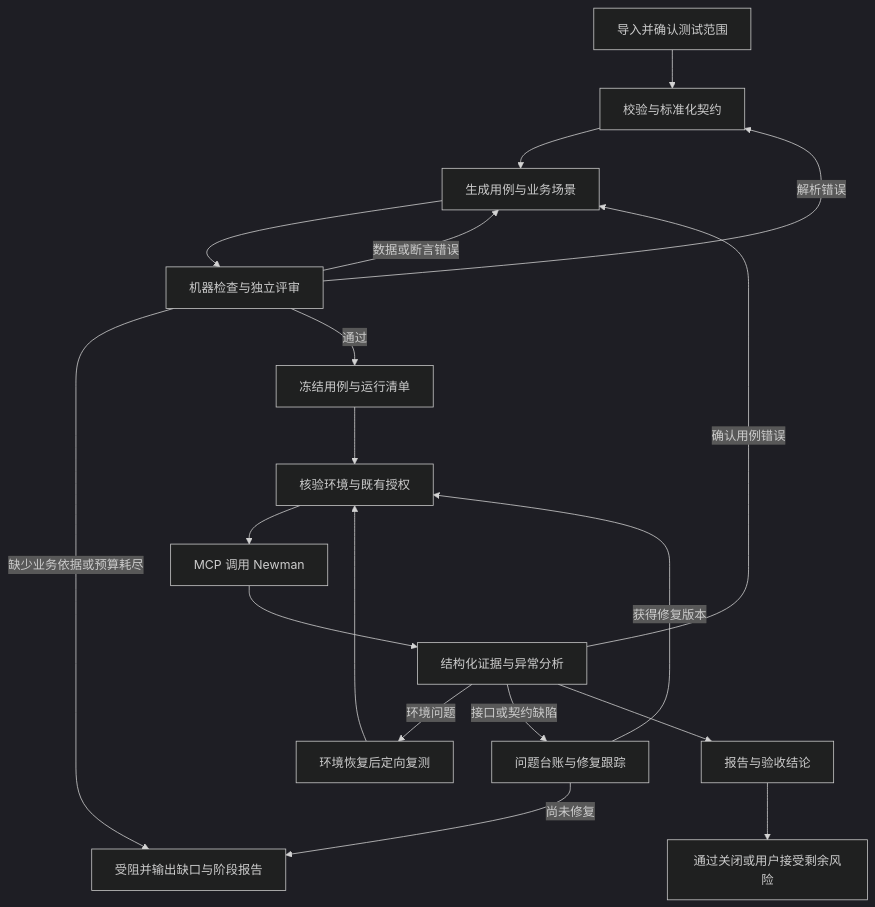
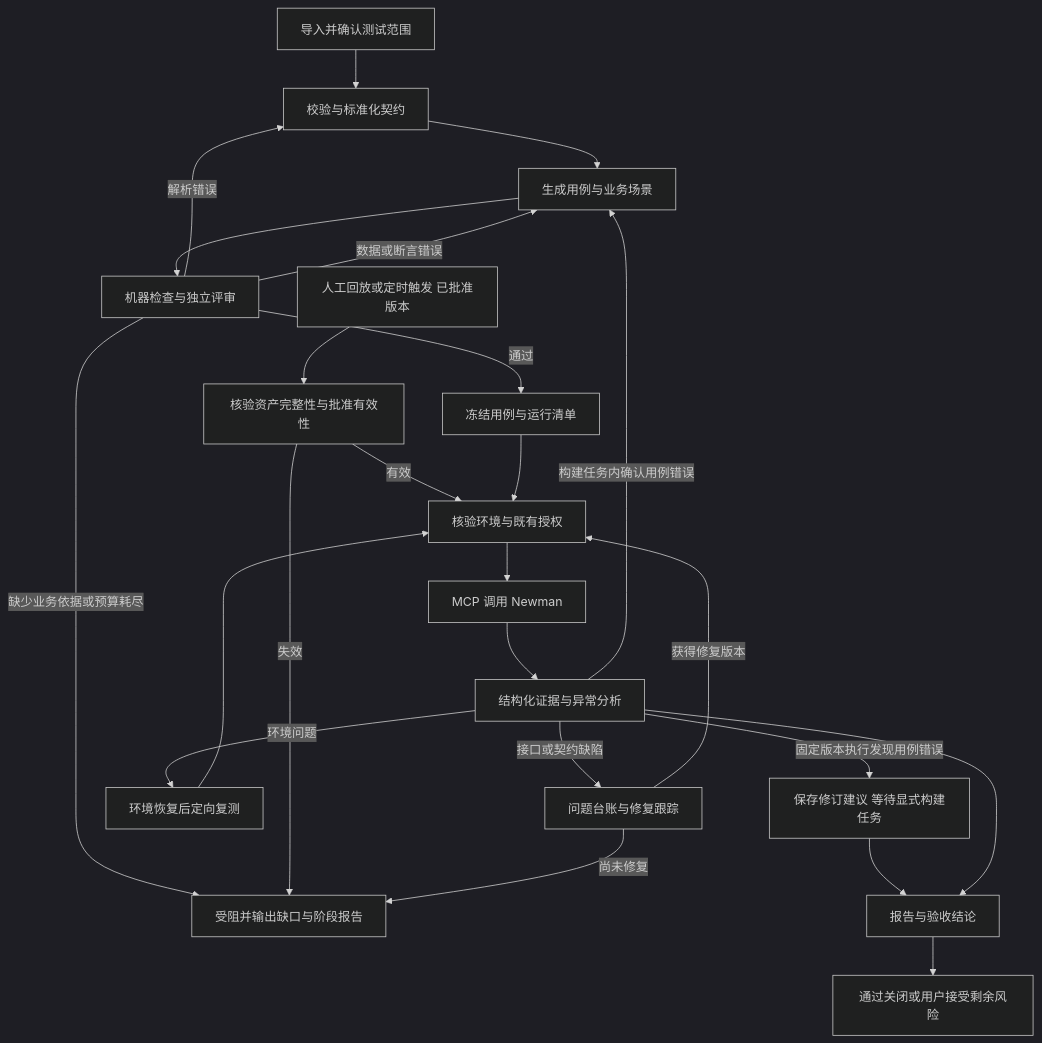
Before and after one commit to liwenshuai4516-debug/aqa: the diagram in docs/api-testing-workflow-design.md, drawn with Mermaid (dark theme). The commit also changed other lines of this file and 4 other files, not shown here.

````diff
--- a/docs/api-testing-workflow-design.md
+++ b/docs/api-testing-workflow-design.md
@@ -97,21 +99,26 @@
 ```mermaid
 flowchart TD
     A[导入并确认测试范围] --> B[校验与标准化契约]
     B --> C[生成用例与业务场景]
     C --> D[机器检查与独立评审]
     D -->|解析错误| B
     D -->|数据或断言错误| C
     D -->|缺少业务依据或预算耗尽| X[受阻并输出缺口与阶段报告]
     D -->|通过| E[冻结用例与运行清单]
-    E --> F[核验环境与既有授权]
+    R[人工回放或定时触发 已批准版本] --> V[核验资产完整性与批准有效性]
+    V -->|有效| F[核验环境与既有授权]
+    V -->|失效| X
+    E --> F
     F --> G[MCP 调用 Newman]
     G --> H[结构化证据与异常分析]
-    H -->|确认用例错误| C
+    H -->|构建任务内确认用例错误| C
+    H -->|固定版本执行发现用例错误| U[保存修订建议 等待显式构建任务]
+    U --> K
     H -->|环境问题| I[环境恢复后定向复测]
     H -->|接口或契约缺陷| J[问题台账与修复跟踪]
     I --> F
     J -->|获得修复版本| F
     H --> K[报告与验收结论]
     J -->|尚未修复| X
     K --> L[通过关闭或用户接受剩余风险]
 ```
````
